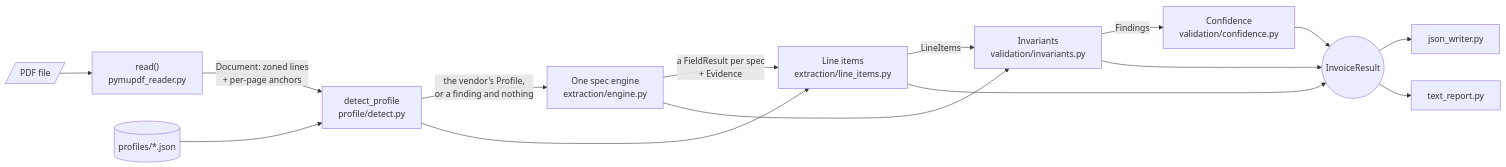
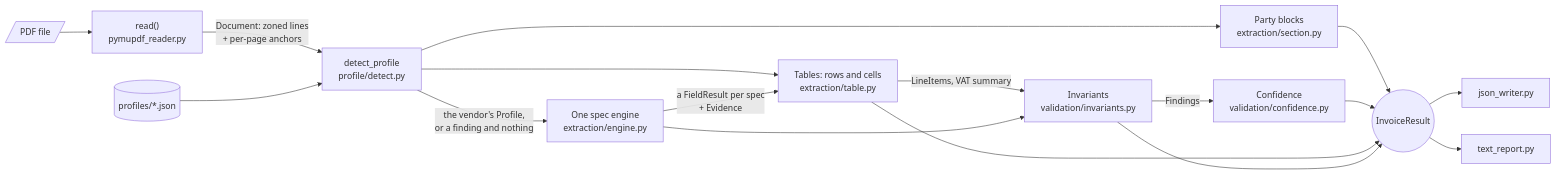
Before and after one commit to lorenzo265/Invoice_Extract: the diagram in README.md, drawn with Mermaid. The commit also changed other lines of this file and 42 other files, not shown here.

First line of the commit message:
feat(engine): read the tables and the party blocks a document prints

````diff
--- a/README.md
+++ b/README.md
@@ -99,17 +109,19 @@
 ```mermaid
 flowchart LR
     PDF[/PDF file/] --> Reader["read()<br/>pymupdf_reader.py"]
     Reader -->|"Document: zoned lines<br/>+ per-page anchors"| Detect["detect_profile<br/>profile/detect.py"]
     Profiles[("profiles/*.json")] --> Detect
     Detect -->|"the vendor's Profile,<br/>or a finding and nothing"| Engine["One spec engine<br/>extraction/engine.py"]
-    Engine -->|"a FieldResult per spec<br/>+ Evidence"| Items["Line items<br/>extraction/line_items.py"]
+    Detect --> Blocks["Party blocks<br/>extraction/section.py"]
     Detect --> Items
-    Items -->|"LineItems"| Inv["Invariants<br/>validation/invariants.py"]
+    Engine -->|"a FieldResult per spec<br/>+ Evidence"| Items["Tables: rows and cells<br/>extraction/table.py"]
+    Items -->|"LineItems, VAT summary"| Inv["Invariants<br/>validation/invariants.py"]
+    Blocks --> Result
     Engine --> Inv
     Inv -->|"Findings"| Conf["Confidence<br/>validation/confidence.py"]
     Conf --> Result(("InvoiceResult"))
     Items --> Result
     Inv --> Result
     Result --> JSONOut["json_writer.py"]
     Result --> ReportOut["text_report.py"]
 ```
````
